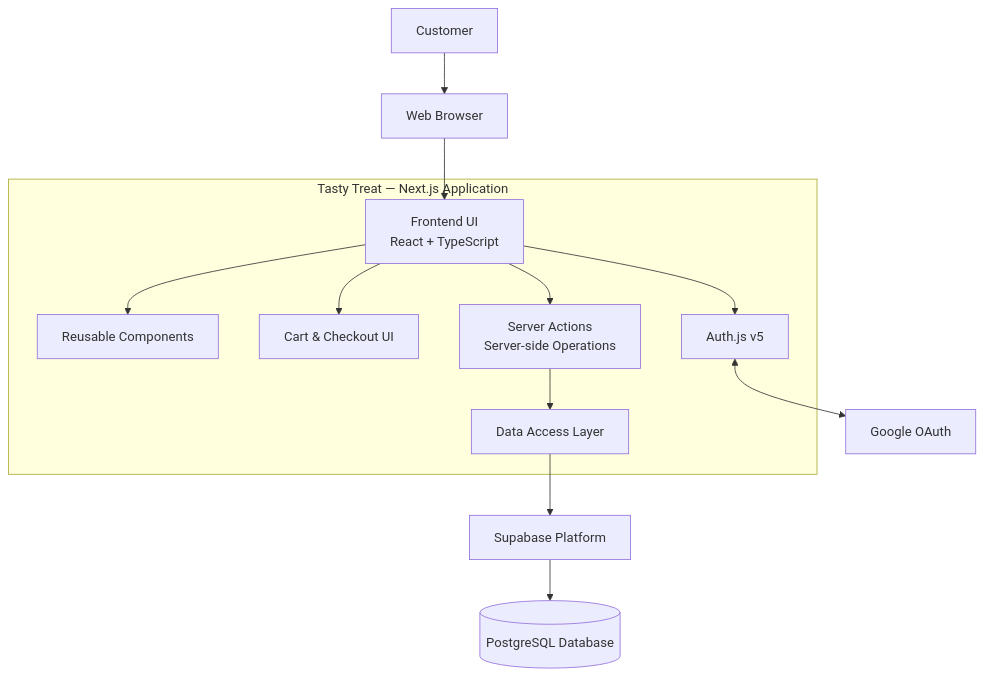
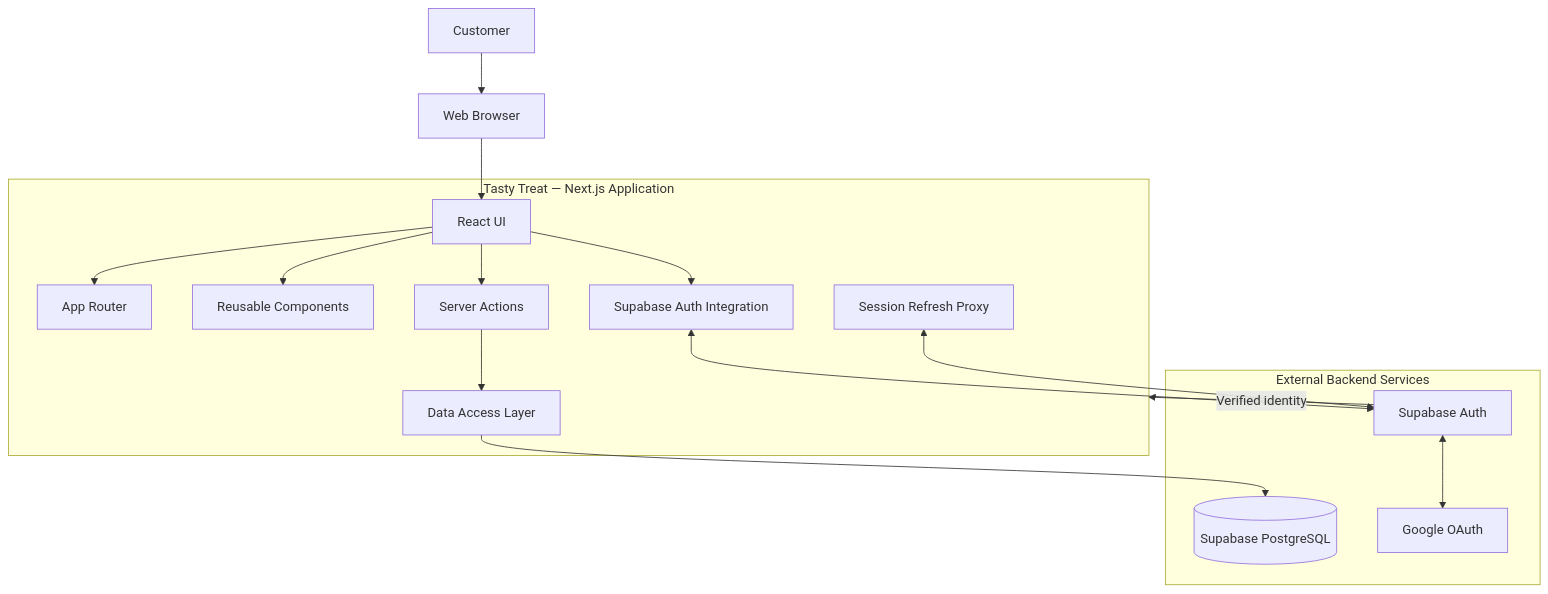
Before and after one commit to ashwin8223/tasty-treat-website: the first of 6 diagrams in README.md, drawn with Mermaid. The commit also changed other lines of this file and 24 other files, not shown here.

Commit message:
Implemented supabase authentication and improved responsive header and checkout UX

````diff
--- a/README.md
+++ b/README.md
@@ -95,29 +118,36 @@
 ```mermaid
 flowchart TB
-    USER["Customer"]
+    CUSTOMER["Customer"]
     BROWSER["Web Browser"]
 
-    subgraph NEXT["Tasty Treat — Next.js Application"]
-        UI["Frontend UI<br/>React + TypeScript"]
+    subgraph APP["Tasty Treat — Next.js Application"]
+        UI["React UI"]
+        ROUTES["App Router"]
         COMPONENTS["Reusable Components"]
-        CART["Cart & Checkout UI"]
-        AUTH["Auth.js v5"]
-        SERVER["Server Actions<br/>Server-side Operations"]
+        AUTH["Supabase Auth Integration"]
+        ACTIONS["Server Actions"]
         DATA["Data Access Layer"]
+        PROXY["Session Refresh Proxy"]
     end
 
-    GOOGLE["Google OAuth"]
-    SUPABASE["Supabase Platform"]
-    DB[("PostgreSQL Database")]
+    subgraph SERVICES["External Backend Services"]
+        SUPAUTH["Supabase Auth"]
+        DB[("Supabase PostgreSQL")]
+        GOOGLE["Google OAuth"]
+    end
 
-    USER --> BROWSER
+    CUSTOMER --> BROWSER
     BROWSER --> UI
     UI --> COMPONENTS
-    UI --> CART
+    UI --> ROUTES
     UI --> AUTH
-    AUTH <--> GOOGLE
-    UI --> SERVER
-    SERVER --> DATA
-    DATA --> SUPABASE
-    SUPABASE --> DB
+    UI --> ACTIONS
+
+    AUTH <--> SUPAUTH
+    SUPAUTH <--> GOOGLE
+    PROXY <--> SUPAUTH
+
+    ACTIONS --> DATA
+    DATA --> DB
+    SUPAUTH -->|"Verified identity"| APP
 ```
````
